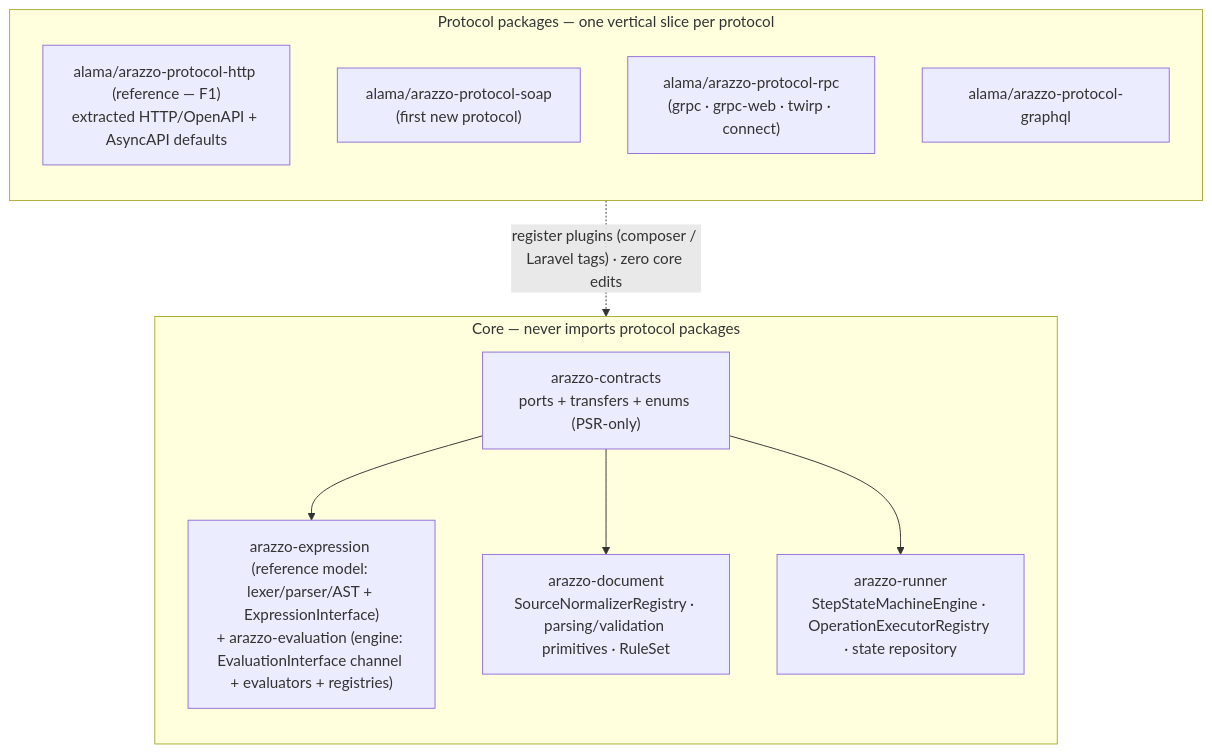
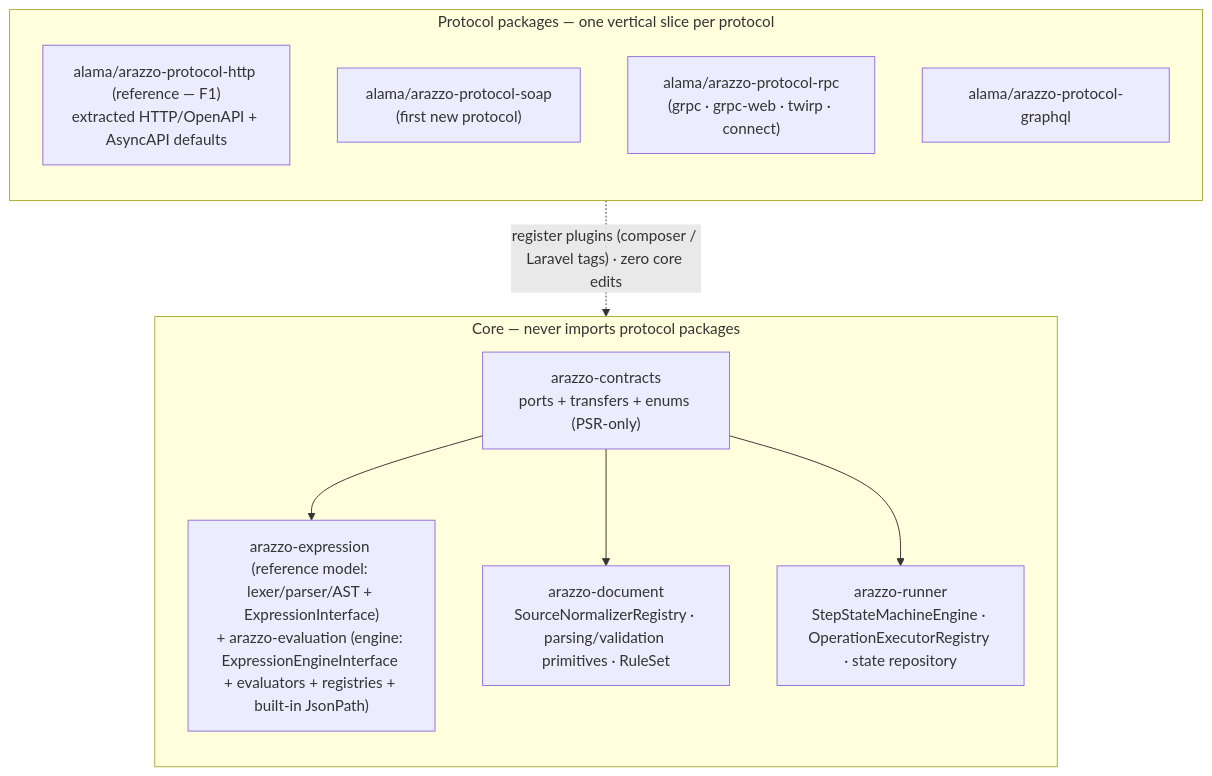
One commit to Mohammed-Alama/php-arazzo changed the first of 4 diagrams in docs/superpowers/specs/2026-09-08-plugin-stack-oms-multiprotocol-design.md. Above: the diagram before and after it, drawn with Mermaid. The commit also changed other lines of this file and 3 other files, not shown here.

````diff
--- a/docs/superpowers/specs/2026-09-08-plugin-stack-oms-multiprotocol-design.md
+++ b/docs/superpowers/specs/2026-09-08-plugin-stack-oms-multiprotocol-design.md
@@ -144,23 +147,23 @@
 ```mermaid
 flowchart TB
     subgraph CORE["Core — never imports protocol packages"]
         direction TB
         CONTRACTS["arazzo-contracts<br/>ports + transfers + enums (PSR-only)"]
-        EXPR["arazzo-expression (reference model: lexer/parser/AST + ExpressionInterface)<br/>+ arazzo-evaluation (engine: EvaluationInterface channel + evaluators + registries)"]
+        EXPR["arazzo-expression (reference model: lexer/parser/AST + ExpressionInterface)<br/>+ arazzo-evaluation (engine: ExpressionEngineInterface + evaluators + registries + built-in JsonPath)"]
         DOC["arazzo-document<br/>SourceNormalizerRegistry · parsing/validation primitives · RuleSet"]
         RUN["arazzo-runner<br/>StepStateMachineEngine · OperationExecutorRegistry · state repository"]
         CONTRACTS --> EXPR
         CONTRACTS --> DOC
         CONTRACTS --> RUN
     end
 
     subgraph PROTO["Protocol packages — one vertical slice per protocol"]
         direction TB
         HTTPX["alama/arazzo-protocol-http (reference — F1)<br/>extracted HTTP/OpenAPI + AsyncAPI defaults"]
         SOAP["alama/arazzo-protocol-soap<br/>(first new protocol)"]
         RPCX["alama/arazzo-protocol-rpc<br/>(grpc · grpc-web · twirp · connect)"]
         GQL["alama/arazzo-protocol-graphql"]
     end
 
     PROTO -. "register plugins (composer / Laravel tags) · zero core edits" .-> CORE
 ```
````
